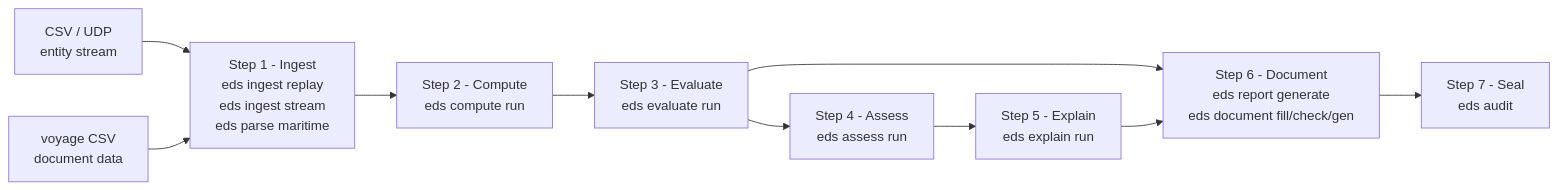
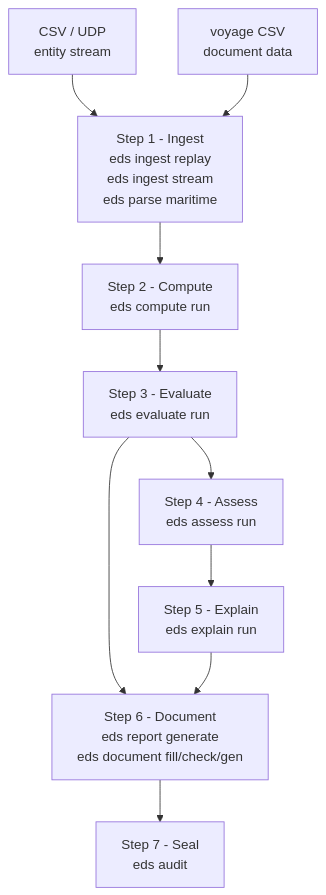
One commit to edgesentry/edgesentry-rs changed the diagram in docs/pipeline/architecture.md. Above: the diagram before and after it, drawn with Mermaid. The commit also changed 1 other file, not shown here.

Commit message:
docs: fix Mermaid diagram direction and load Mermaid JS
- Change flowchart LR -> TD so the pipeline renders top-down (vertical)
- Add Mermaid 10 via unpkg CDN to extra_javascript; required for
  Material 9.5 to render mermaid fences in the browser

````diff
--- a/docs/pipeline/architecture.md
+++ b/docs/pipeline/architecture.md
@@ -5,23 +5,23 @@
 ```mermaid
-flowchart LR
+flowchart TD
     SRC1["CSV / UDP\nentity stream"]
     SRC2["voyage CSV\ndocument data"]
 
     ING["Step 1 - Ingest\neds ingest replay\neds ingest stream\neds parse maritime"]
     COM["Step 2 - Compute\neds compute run"]
     EVA["Step 3 - Evaluate\neds evaluate run"]
     ASS["Step 4 - Assess\neds assess run"]
     EXP["Step 5 - Explain\neds explain run"]
     DOC["Step 6 - Document\neds report generate\neds document fill/check/gen"]
     SEA["Step 7 - Seal\neds audit"]
 
     SRC1 --> ING
     SRC2 --> ING
     ING --> COM
     COM --> EVA
     EVA --> ASS
     ASS --> EXP
     EVA --> DOC
     EXP --> DOC
     DOC --> SEA
 ```
````
